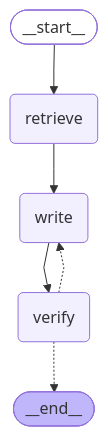
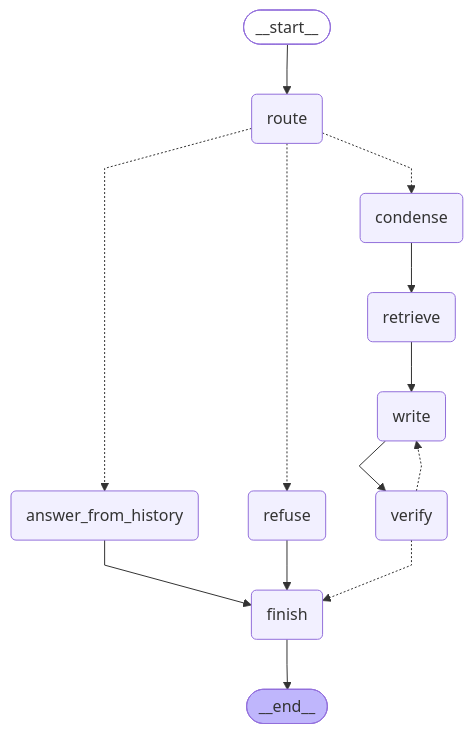
Before and after one commit to aminekhiri/AeroDoc-AI: the diagram in docs/graph.md, drawn with Mermaid. The commit also changed other lines of this file and 15 other files, not shown here.

````diff
--- a/docs/graph.md
+++ b/docs/graph.md
@@ -5,21 +5,33 @@
 ```mermaid
 ---
 config:
   flowchart:
     curve: linear
 ---
 graph TD;
 	__start__([<p>__start__</p>]):::first
+	route(route)
+	condense(condense)
 	retrieve(retrieve)
 	write(write)
 	verify(verify)
+	answer_from_history(answer_from_history)
+	refuse(refuse)
+	finish(finish)
 	__end__([<p>__end__</p>]):::last
-	__start__ --> retrieve;
+	__start__ --> route;
+	answer_from_history --> finish;
+	condense --> retrieve;
+	refuse --> finish;
 	retrieve --> write;
-	verify -.-> __end__;
+	route -.-> answer_from_history;
+	route -.-> condense;
+	route -.-> refuse;
+	verify -.-> finish;
 	verify -.-> write;
 	write --> verify;
+	finish --> __end__;
 	classDef default fill:#f2f0ff,line-height:1.2
 	classDef first fill-opacity:0
 	classDef last fill:#bfb6fc
 ```
````
